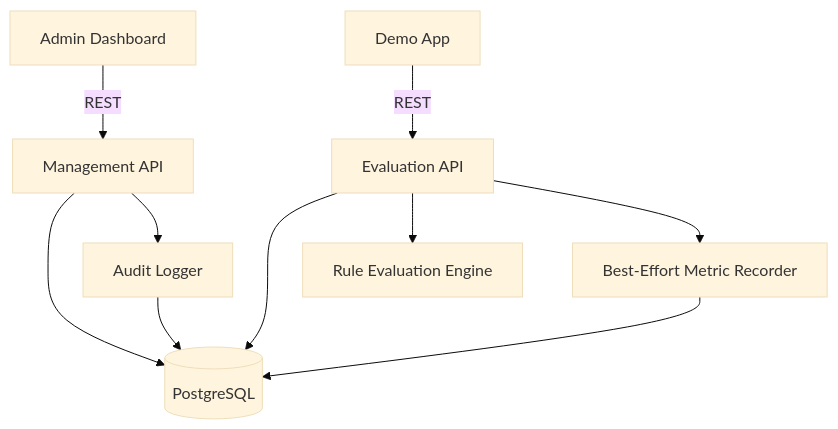
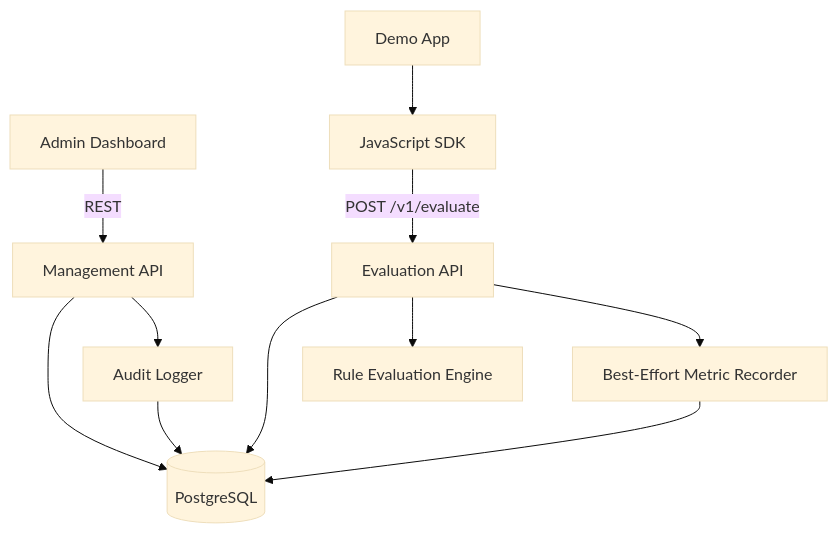
The first of 5 diagrams in docs/design/software-architecture-document.md (fabyanbui/feature-flag-platform), drawn with Mermaid (base theme) before and after one commit. The commit also changed other lines of this file and 28 other files, not shown here.

Commit message:
feat: implement typed JavaScript SDK with fail-closed support and integrate into demo app

````diff
--- a/docs/design/software-architecture-document.md
+++ b/docs/design/software-architecture-document.md
@@ -103,12 +103,13 @@
 ```mermaid
 graph TD
   A[Admin Dashboard] -->|REST| B[Management API]
-  C[Demo App] -->|REST| D[Evaluation API]
+  C[Demo App] --> I[JavaScript SDK]
+  I -->|POST /v1/evaluate| D[Evaluation API]
   B --> E[(PostgreSQL)]
   D --> E
   B --> F[Audit Logger]
   D --> G[Rule Evaluation Engine]
   D --> H[Best-Effort Metric Recorder]
   F --> E
   H --> E
 ```
````
